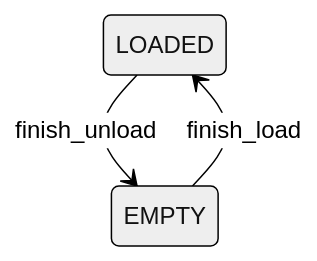
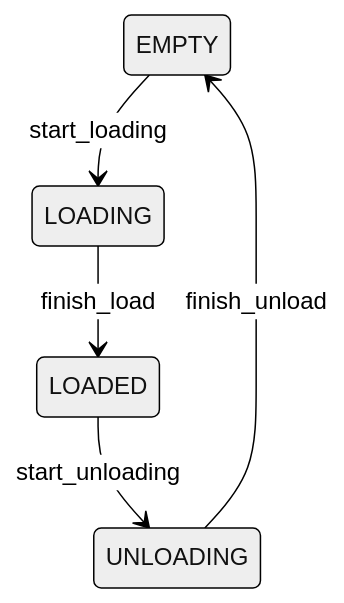
One commit to MatheusCascalho/RailroadDES changed the first of 6 diagrams in docs/simulation.md. Above: the diagram before and after it, drawn with Mermaid (neutral theme). The commit also changed other lines of this file, not shown here.

````diff
--- a/docs/simulation.md
+++ b/docs/simulation.md
@@ -7,6 +12,8 @@
 ```mermaid
 stateDiagram-v2
     %% [*] --> Cheio
-    LOADED --> EMPTY: finish_unload
-    EMPTY --> LOADED: finish_load
+    EMPTY --> LOADING: start_loading
+    LOADING --> LOADED: finish_load
+    LOADED --> UNLOADING: start_unloading
+    UNLOADING --> EMPTY: finish_unload
 ```
````
